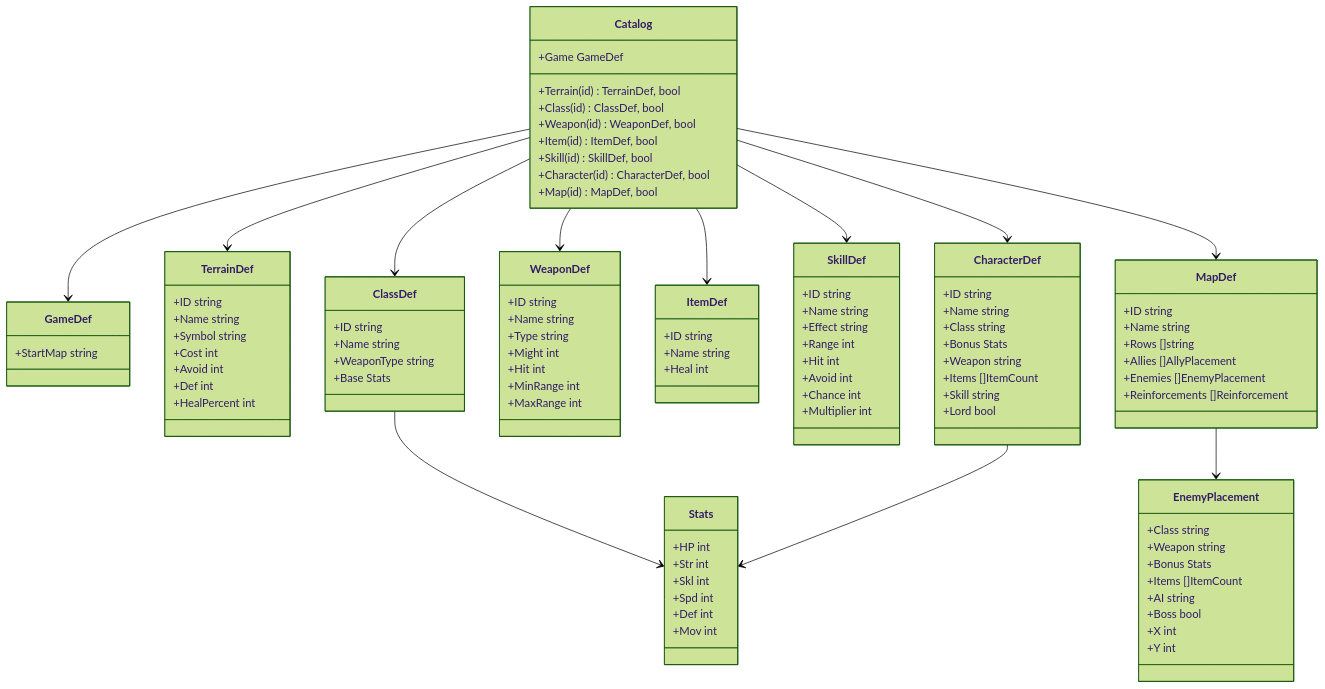
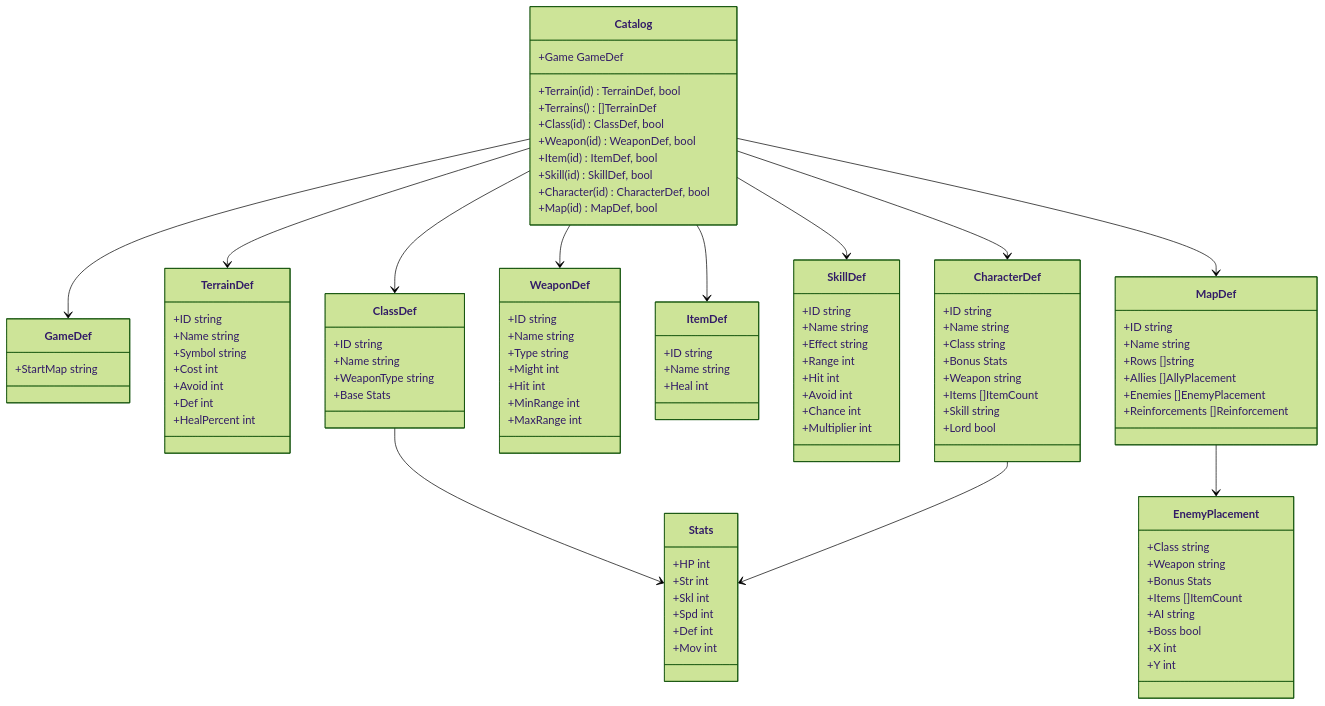
The second of 6 diagrams in docs/03_design/design-it01.md (sakana396/renkin_tactics), drawn with Mermaid (forest theme) before and after one commit. The commit also changed other lines of this file and 4 other files, not shown here.

```diff
--- a/docs/03_design/design-it01.md
+++ b/docs/03_design/design-it01.md
@@ -65,6 +65,7 @@
   class Catalog {
     +Game GameDef
     +Terrain(id) TerrainDef, bool
+    +Terrains() []TerrainDef
     +Class(id) ClassDef, bool
     +Weapon(id) WeaponDef, bool
     +Item(id) ItemDef, bool
```
